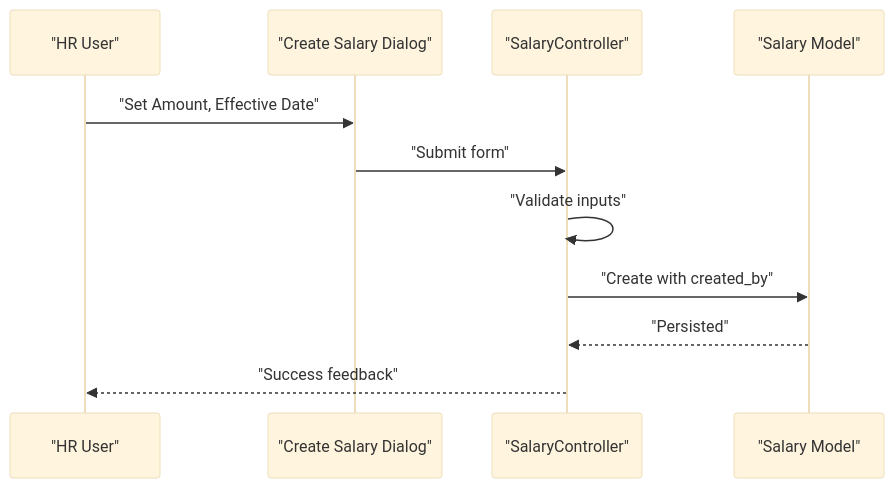
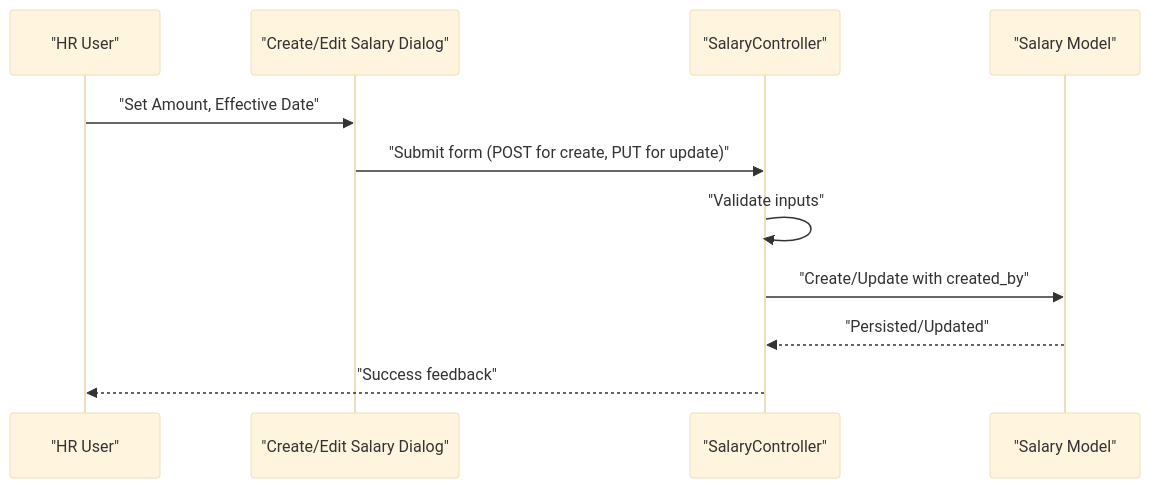
Before and after one commit to vincet0t15/template: the seventh of 8 diagrams in .qoder/repowiki/en/content/Payroll System/Salary Management.md, drawn with Mermaid (base theme). The commit also changed other lines of this file and 11 other files, not shown here.

````diff
--- a/.qoder/repowiki/en/content/Payroll System/Salary Management.md
+++ b/.qoder/repowiki/en/content/Payroll System/Salary Management.md
@@ -283,13 +316,13 @@
 ```mermaid
 sequenceDiagram
 participant U as "HR User"
-participant FE as "Create Salary Dialog"
+participant FE as "Create/Edit Salary Dialog"
 participant BE as "SalaryController"
 participant SM as "Salary Model"
 U->>FE : "Set Amount, Effective Date"
-FE->>BE : "Submit form"
+FE->>BE : "Submit form (POST for create, PUT for update)"
 BE->>BE : "Validate inputs"
-BE->>SM : "Create with created_by"
-SM-->>BE : "Persisted"
+BE->>SM : "Create/Update with created_by"
+SM-->>BE : "Persisted/Updated"
 BE-->>U : "Success feedback"
 ```
````
